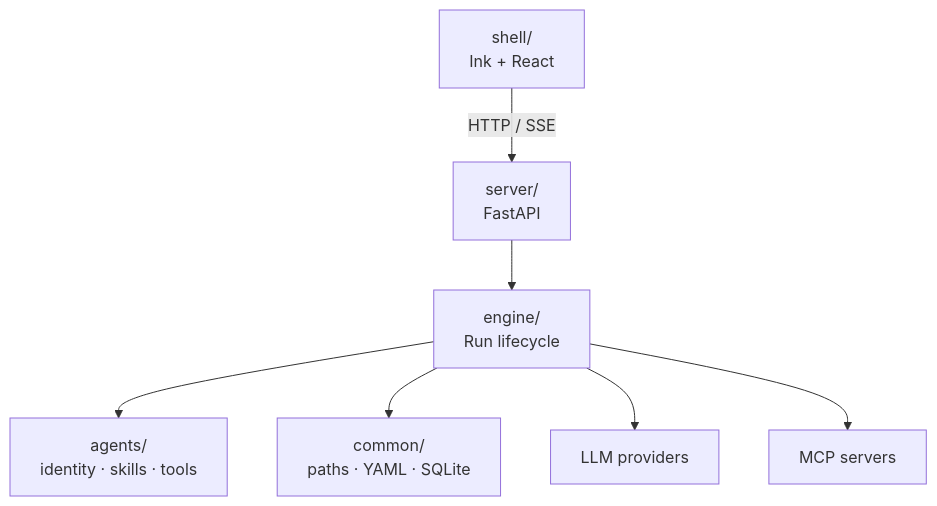
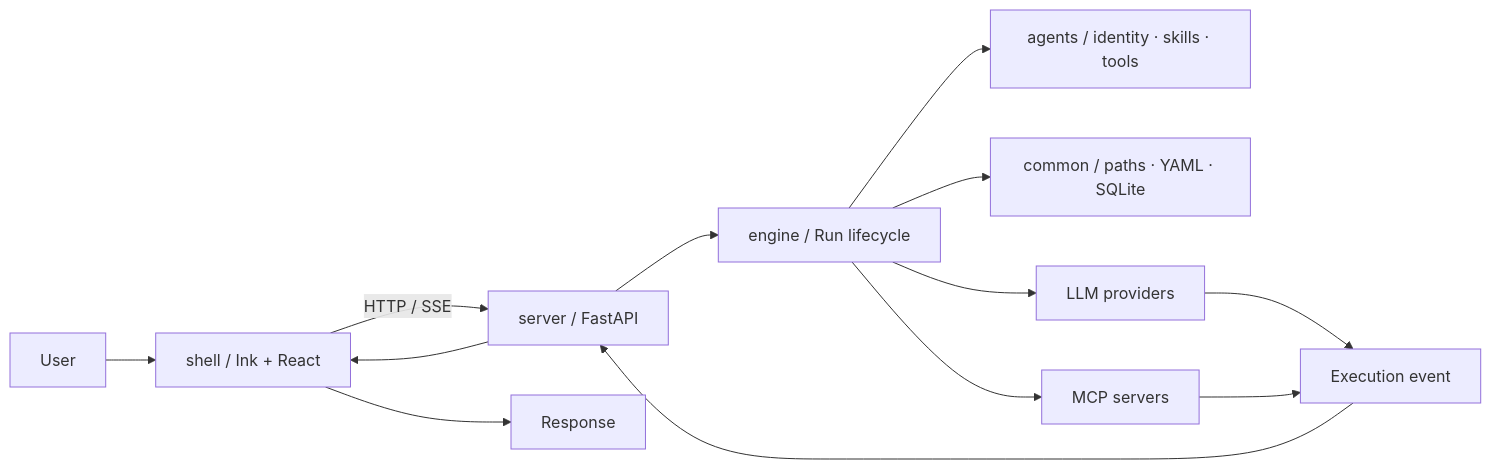
One commit to zyt2000123/openSmith changed the first of 2 diagrams in docs/02-系统架构.md. Above: the diagram before and after it, drawn with Mermaid. The commit also changed other lines of this file and 15 other files, not shown here.

````diff
--- a/docs/02-系统架构.md
+++ b/docs/02-系统架构.md
@@ -7,9 +17,15 @@
 ```mermaid
-flowchart TB
-  Shell["shell/\nInk + React"] -->|"HTTP / SSE"| Server["server/\nFastAPI"]
-  Server --> Engine["engine/\nRun lifecycle"]
-  Engine --> Agents["agents/\nidentity · skills · tools"]
-  Engine --> Common["common/\npaths · YAML · SQLite"]
+graph LR
+  User[User] --> Shell["shell / Ink + React"]
+  Shell -->|"HTTP / SSE"| Server["server / FastAPI"]
+  Server --> Engine["engine / Run lifecycle"]
+  Engine --> Agents["agents / identity · skills · tools"]
+  Engine --> Common["common / paths · YAML · SQLite"]
   Engine --> Providers["LLM providers"]
   Engine --> MCP["MCP servers"]
+  Providers --> Event[Execution event]
+  MCP --> Event
+  Event --> Server
+  Server --> Shell
+  Shell --> Response[Response]
 ```
````
